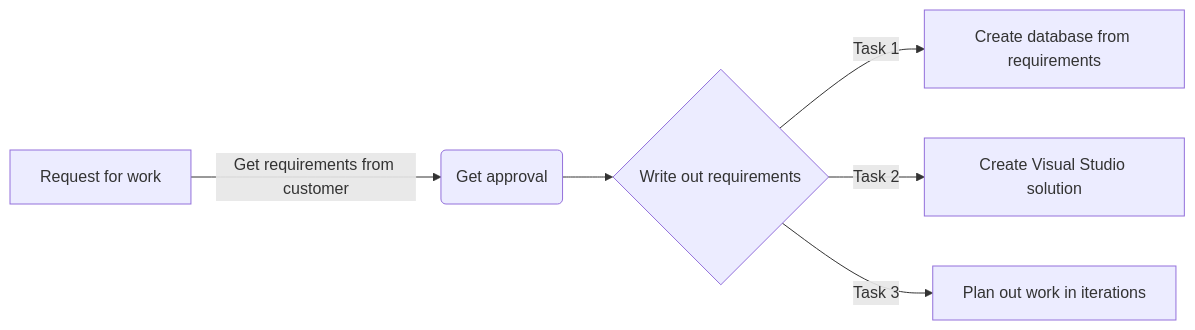
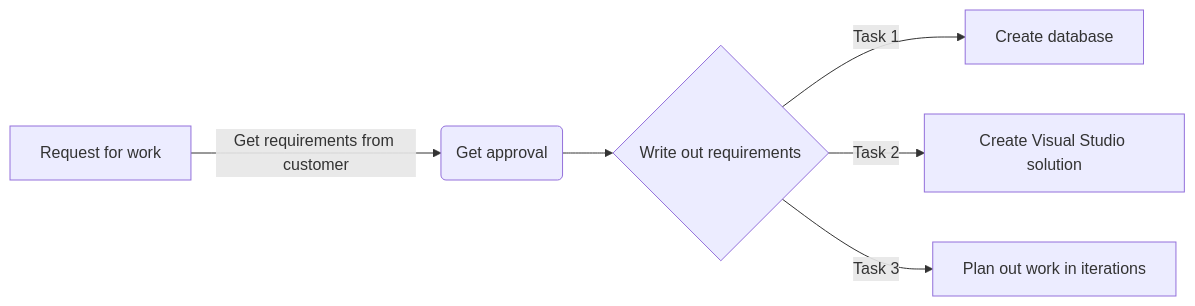
Before and after one commit to karenpayneoregon/teaching-simple-validation: the second of 2 diagrams in readme.md, drawn with Mermaid. The commit also changed other lines of this file, not shown here.

````diff
--- a/readme.md
+++ b/readme.md
@@ -18,8 +23,8 @@
 ```mermaid
 graph LR
     A[Request for work] -->|Get requirements from customer| B(Get approval)
     B --> C{Write out requirements}
-    C -->|Task 1| D[Create database from requirements]
+    C -->|Task 1| D[Create database]
     C -->|Task 2| E[Create Visual Studio solution]
     C -->|Task 3| F[Plan out work in iterations]
 ```
````
